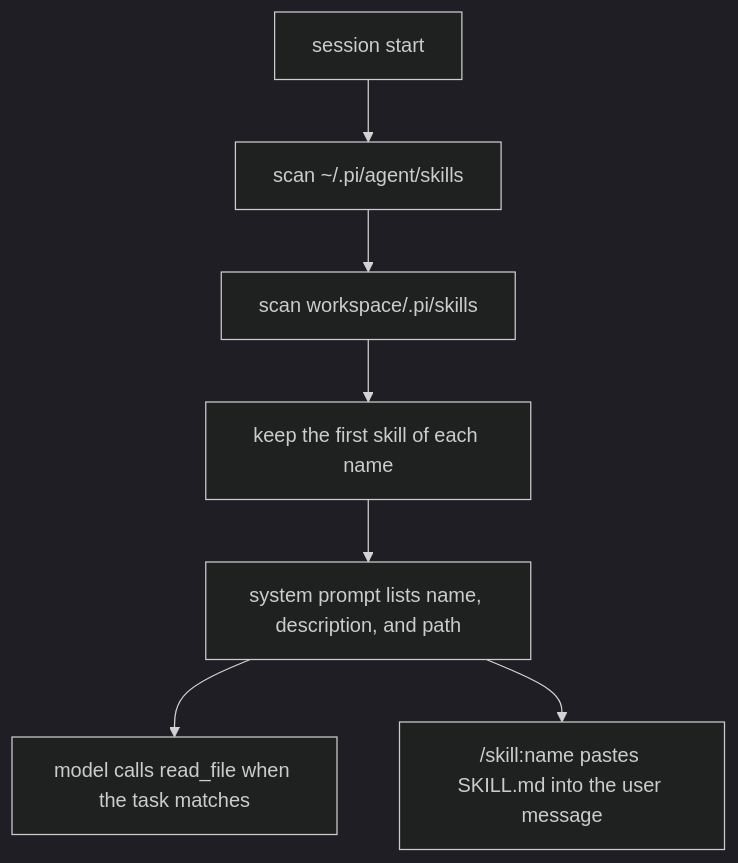
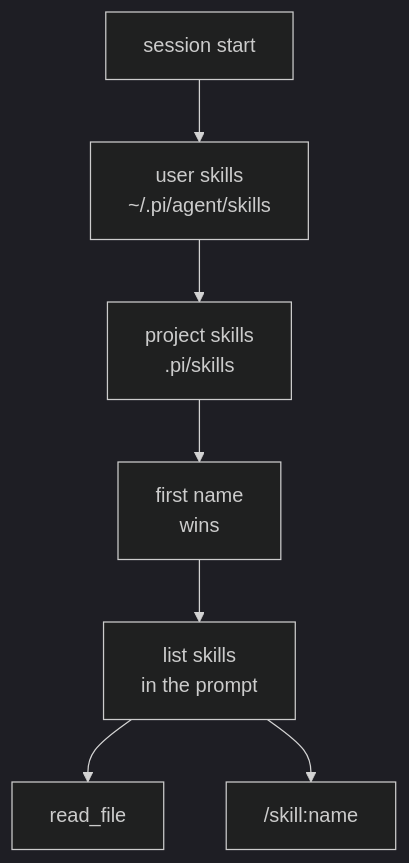
Before and after one commit to zyy17/pigo: the fourth of 4 diagrams in docs/design.md, drawn with Mermaid (dark theme). The commit also changed other lines of this file and 5 other files, not shown here.

First line of the commit message:
docs: fix clipped labels in TUI diagrams

````diff
--- a/docs/design.md
+++ b/docs/design.md
@@ -146,13 +146,13 @@
 ```mermaid
 flowchart TD
     start["session start"]
-    userDir["scan ~/.pi/agent/skills"]
-    projectDir["scan workspace/.pi/skills"]
-    list["keep the first skill of each name"]
-    prompt["system prompt lists name, description, and path"]
-    read["model calls read_file when the task matches"]
-    command["/skill:name pastes SKILL.md into the user message"]
+    userDir["user skills<br/>~/.pi/agent/skills"]
+    projectDir["project skills<br/>.pi/skills"]
+    list["first name<br/>wins"]
+    prompt["list skills<br/>in the prompt"]
+    read["read_file"]
+    command["/skill:name"]
     start --> userDir --> projectDir --> list --> prompt
     prompt --> read
     prompt --> command
 ```
````
